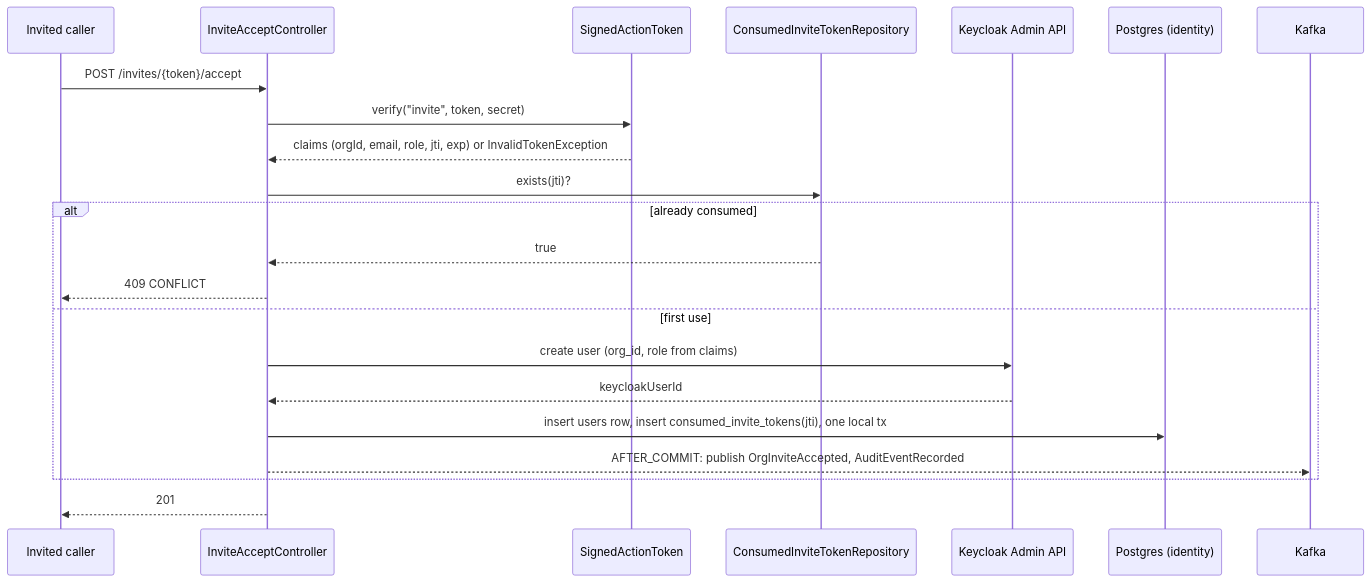
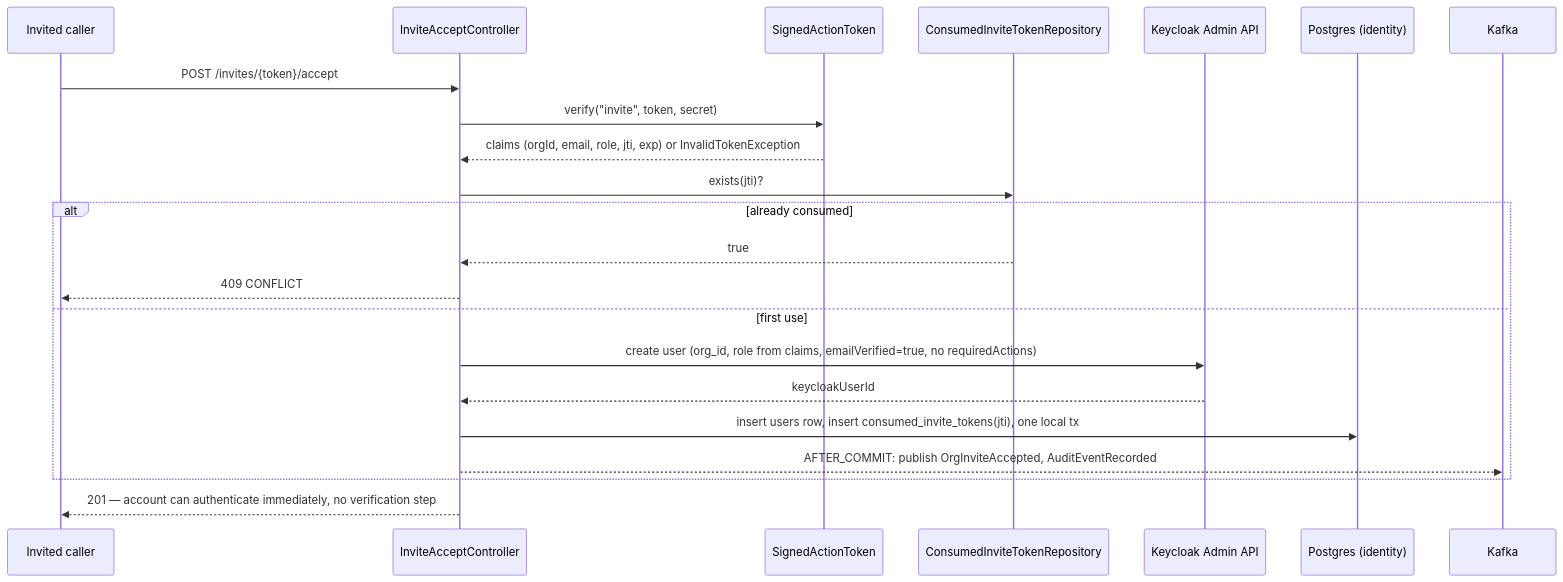
The fifth of 8 diagrams in docs/identity-service/ARCHITECTURE.md (Wamitinewton/Pallet.io), drawn with Mermaid before and after one commit. The commit also changed other lines of this file and 58 other files, not shown here.

First line of the commit message:
feat: add auth, email verification, password reset, invite acceptance and account self-service to identity-service

````diff
--- a/docs/identity-service/ARCHITECTURE.md
+++ b/docs/identity-service/ARCHITECTURE.md
@@ -479,25 +583,25 @@
 ```mermaid
 sequenceDiagram
     participant C as Invited caller
     participant Ctl as InviteAcceptController
     participant Tok as SignedActionToken
     participant Rep as ConsumedInviteTokenRepository
     participant KC as Keycloak Admin API
     participant DB as Postgres (identity)
     participant K as Kafka
 
     C->>Ctl: POST /invites/{token}/accept
     Ctl->>Tok: verify("invite", token, secret)
     Tok-->>Ctl: claims (orgId, email, role, jti, exp) or InvalidTokenException
     Ctl->>Rep: exists(jti)?
     alt already consumed
         Rep-->>Ctl: true
         Ctl-->>C: 409 CONFLICT
     else first use
-        Ctl->>KC: create user (org_id, role from claims)
+        Ctl->>KC: create user (org_id, role from claims, emailVerified=true, no requiredActions)
         KC-->>Ctl: keycloakUserId
         Ctl->>DB: insert users row, insert consumed_invite_tokens(jti), one local tx
         Ctl-->>K: AFTER_COMMIT: publish OrgInviteAccepted, AuditEventRecorded
     end
-    Ctl-->>C: 201
+    Ctl-->>C: 201 — account can authenticate immediately, no verification step
 ```
````
